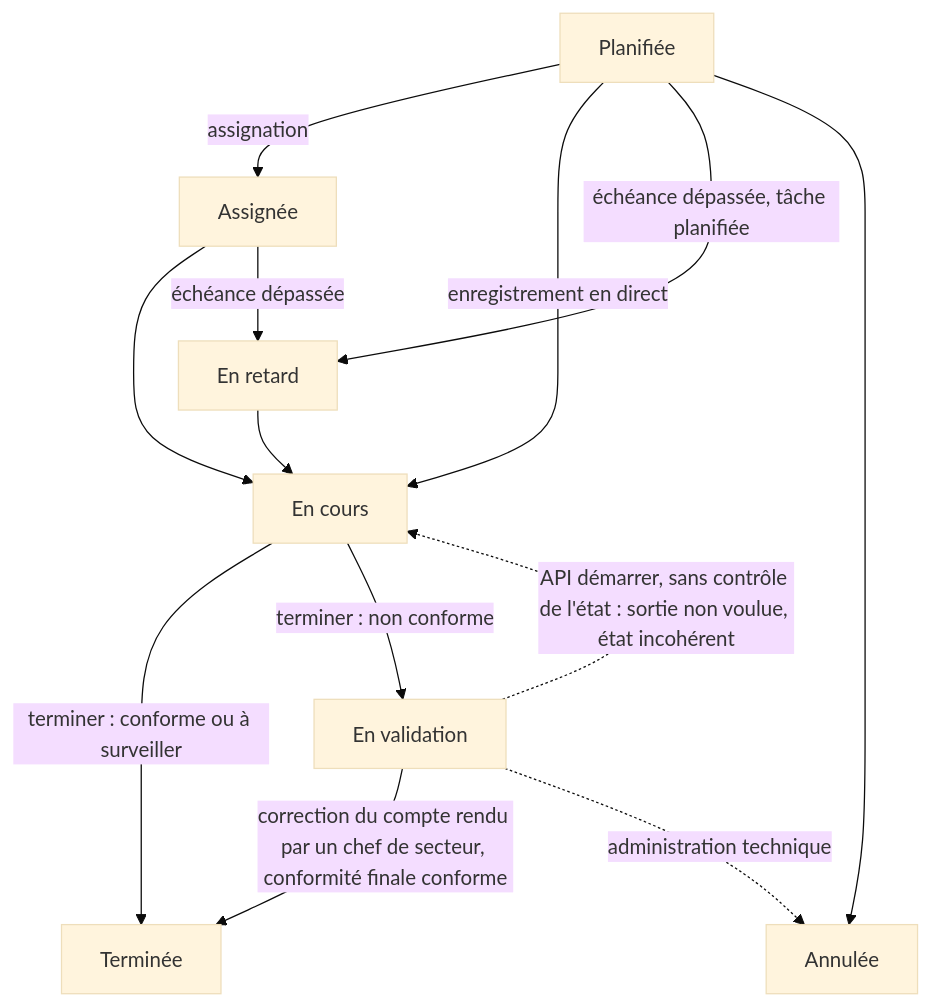
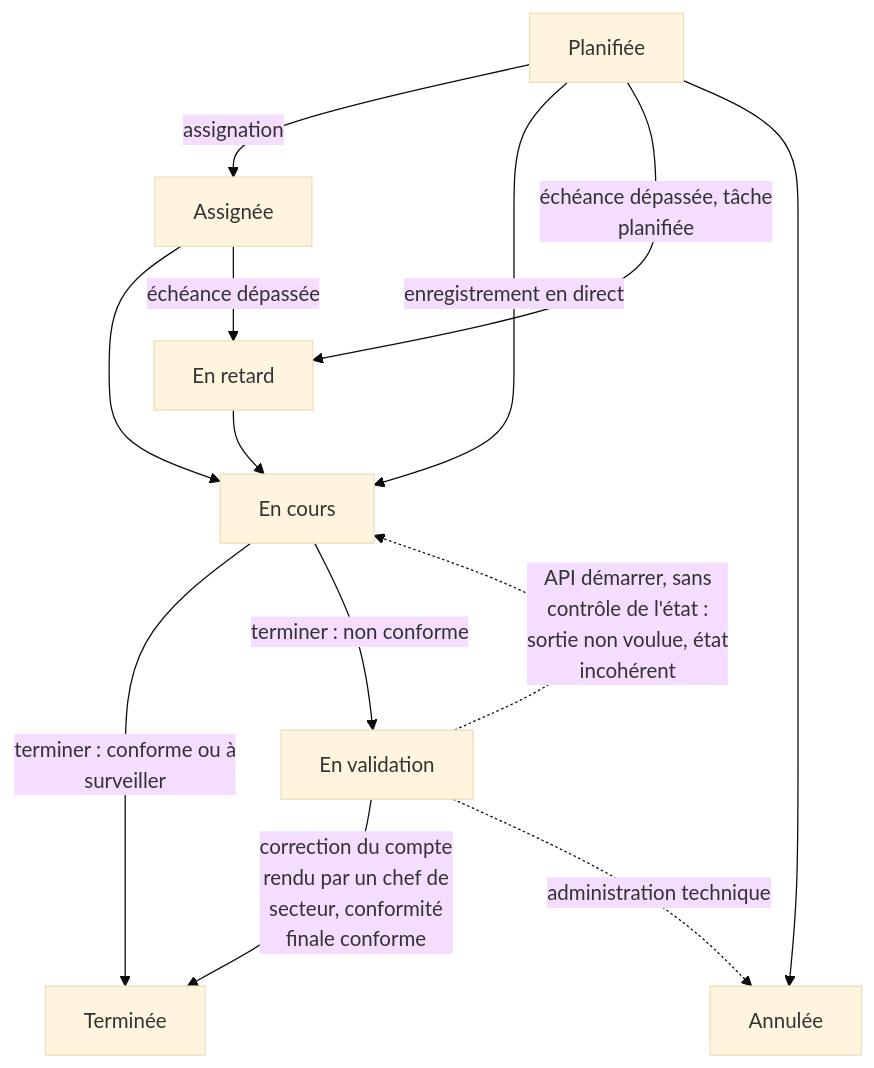
One commit to Mattrix2211/Matrix changed the diagram in docs/dossier-technique/schemas/src/S25_etats_occurrence.mmd. Above: the diagram before and after it, drawn with Mermaid (base theme). The commit also changed 54 other files, not shown here.

```diff
--- a/docs/dossier-technique/schemas/src/S25_etats_occurrence.mmd
+++ b/docs/dossier-technique/schemas/src/S25_etats_occurrence.mmd
@@ -1,13 +1,13 @@
 flowchart TB
   PL["Planifiée"] -->|"assignation"| AS["Assignée"]
   PL -->|"enregistrement en direct"| EC["En cours"]
   AS --> EC
-  EC -->|"terminer : conforme ou à surveiller"| DO["Terminée"]
+  EC -->|"terminer : conforme ou à<br/>surveiller"| DO["Terminée"]
   EC -->|"terminer : non conforme"| WV["En validation"]
-  PL -->|"échéance dépassée, tâche planifiée"| OV["En retard"]
+  PL -->|"échéance dépassée, tâche<br/>planifiée"| OV["En retard"]
   AS -->|"échéance dépassée"| OV
   OV --> EC
   PL --> CA["Annulée"]
-  WV -->|"correction du compte rendu par un chef de secteur, conformité finale conforme"| DO
-  WV -.->|"API démarrer, sans contrôle de l'état : sortie non voulue, état incohérent"| EC
+  WV -->|"correction du compte<br/>rendu par un chef de<br/>secteur, conformité<br/>finale conforme"| DO
+  WV -.->|"API démarrer, sans<br/>contrôle de l'état :<br/>sortie non voulue, état<br/>incohérent"| EC
   WV -.->|"administration technique"| CA
```
